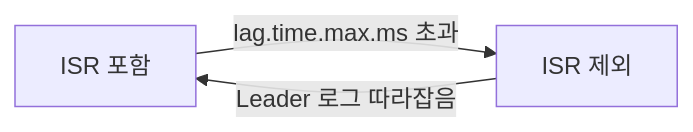
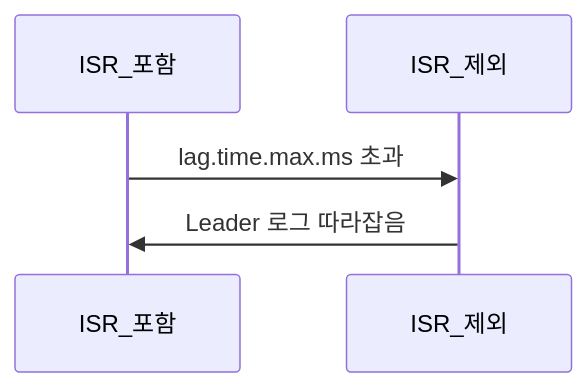
One commit to yjkim2015/yjkim2015.github.io changed the second of 8 diagrams in _posts/kafka/2026-05-01-kafka-replication.md. Above: the diagram before and after it, drawn with Mermaid. The commit also changed other lines of this file and 89 other files, not shown here.

First line of the commit message:
복잡한 flowchart 163개 → sequenceDiagram 변환 (90파일)

````diff
--- a/_posts/kafka/2026-05-01-kafka-replication.md
+++ b/_posts/kafka/2026-05-01-kafka-replication.md
@@ -53,7 +53,5 @@
 ```mermaid
-graph LR
-    IN["ISR 포함"]
-    OUT["ISR 제외"]
-    IN -->|"lag.time.max.ms 초과"| OUT
-    OUT -->|"Leader 로그 따라잡음"| IN
+sequenceDiagram
+    ISR_포함->>ISR_제외: lag.time.max.ms 초과
+    ISR_제외->>ISR_포함: Leader 로그 따라잡음
 ```
````
